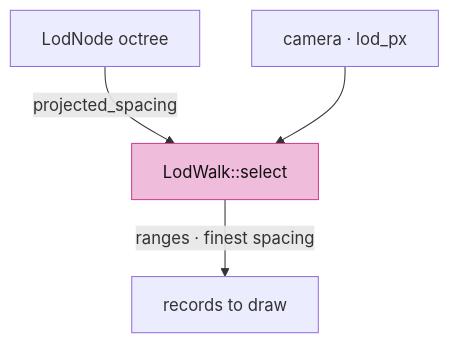
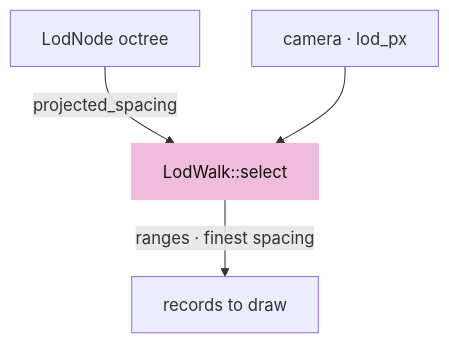
One commit to petrasvestartas/session changed the third of 6 diagrams in session_viewer/docs/04d-clouds.md. Above: the diagram before and after it, drawn with Mermaid. The commit also changed other lines of this file and 324 other files, not shown here.

````diff
--- a/session_viewer/docs/04d-clouds.md
+++ b/session_viewer/docs/04d-clouds.md
@@ -76,7 +86,7 @@
 ```mermaid
 flowchart TB
     N["LodNode octree"] -- "projected_spacing" --> W["LodWalk::select"]
     C["camera · lod_px"] --> W
     W -- "ranges · finest spacing" --> R["records to draw"]
-    style W fill:#f0bcdb,stroke:#ce4095,color:#111
+    style W fill:#f0bcdb,stroke:#f0bcdb,color:#111
 ```
````
